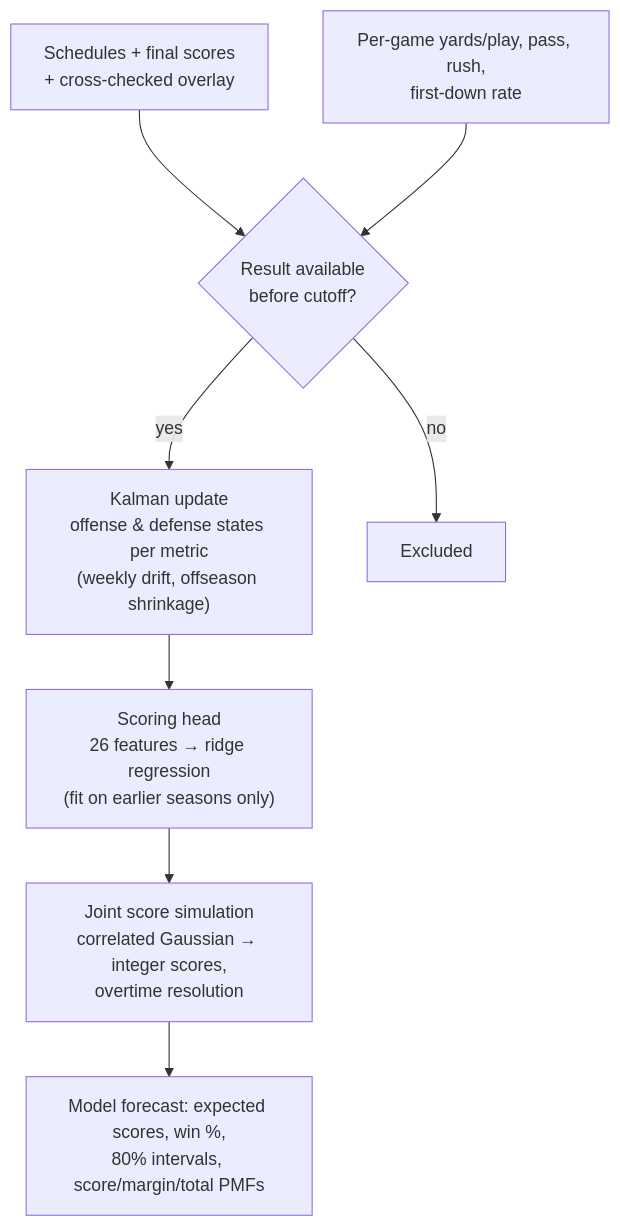
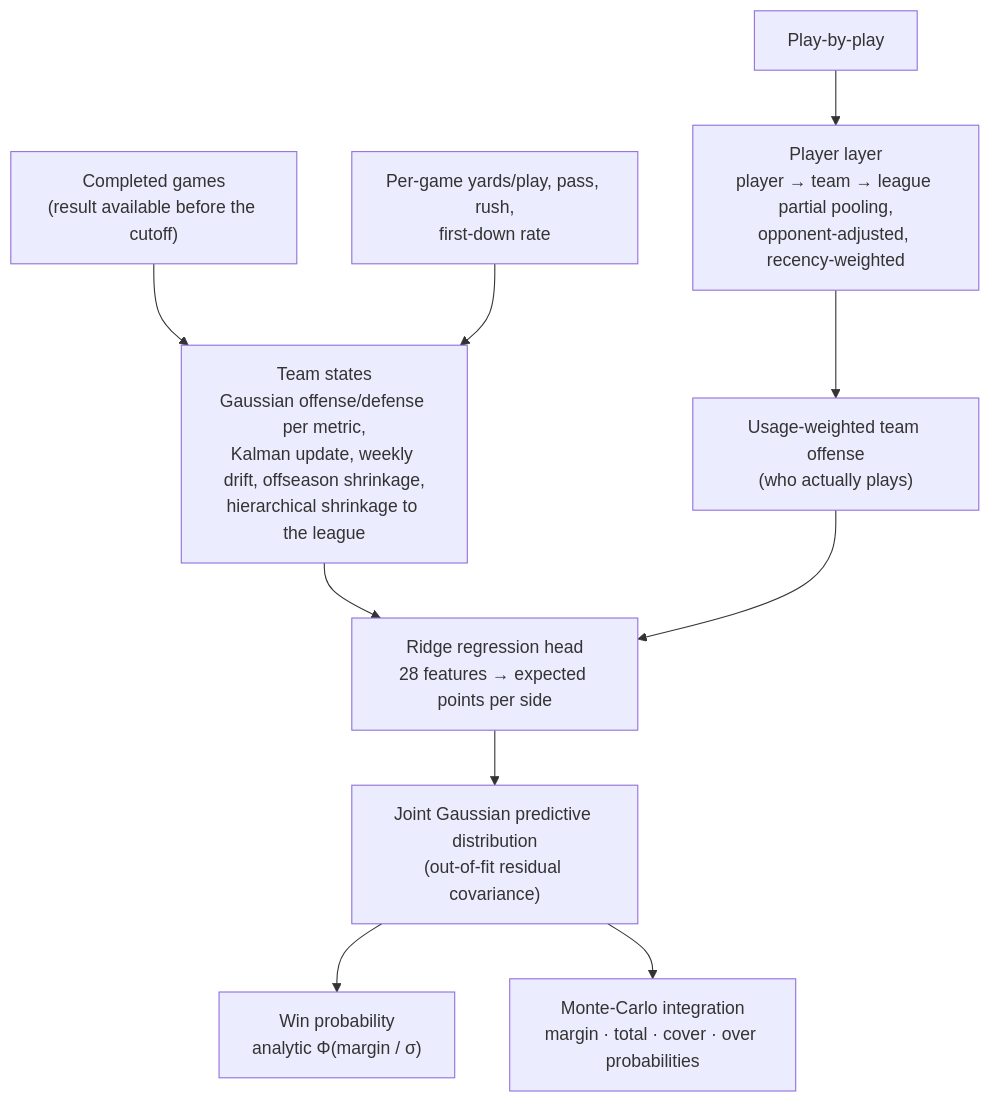
One commit to bngomez98/cfb-forecast changed the second of 3 diagrams in README.md. Above: the diagram before and after it, drawn with Mermaid. The commit also changed other lines of this file and 115 other files, not shown here.

````diff
--- a/README.md
+++ b/README.md
@@ -178,10 +101,13 @@
 ```mermaid
 flowchart TB
-    S[Schedules + final scores<br/>+ cross-checked overlay] --> AV{"Result available<br/>before cutoff?"}
-    A[Per-game yards/play, pass, rush,<br/>first-down rate] --> AV
-    AV -- yes --> K["Kalman update<br/>offense & defense states per metric<br/>(weekly drift, offseason shrinkage)"]
-    AV -- no --> X[Excluded]
-    K --> H["Scoring head<br/>26 features → ridge regression<br/>(fit on earlier seasons only)"]
-    H --> SIM["Joint score simulation<br/>correlated Gaussian → integer scores,<br/>overtime resolution"]
-    SIM --> OUT["Model forecast: expected scores, win %,<br/>80% intervals, score/margin/total PMFs"]
+    R["Completed games<br/>(result available before the cutoff)"] --> K
+    A["Per-game yards/play, pass, rush,<br/>first-down rate"] --> K
+    K["Team states<br/>Gaussian offense/defense per metric,<br/>Kalman update, weekly drift, offseason shrinkage,<br/>hierarchical shrinkage to the league"]
+    P["Play-by-play"] --> PL["Player layer<br/>player → team → league partial pooling,<br/>opponent-adjusted, recency-weighted"]
+    PL --> U["Usage-weighted team offense<br/>(who actually plays)"]
+    K --> H
+    U --> H["Ridge regression head<br/>28 features → expected points per side"]
+    H --> C["Joint Gaussian predictive distribution<br/>(out-of-fit residual covariance)"]
+    C --> W["Win probability<br/>analytic Φ(margin / σ)"]
+    C --> M["Monte-Carlo integration<br/>margin · total · cover · over probabilities"]
 ```
````
